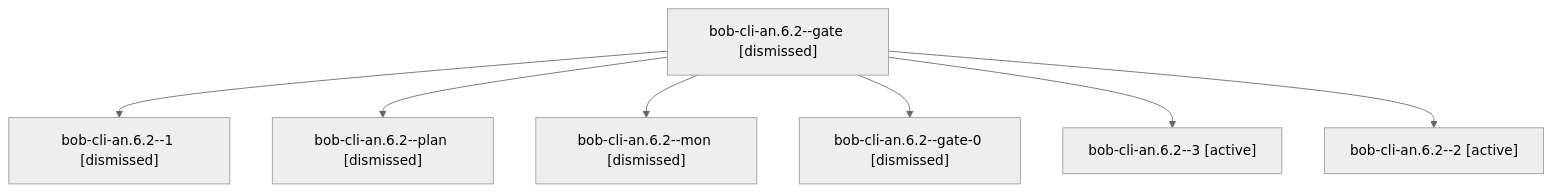
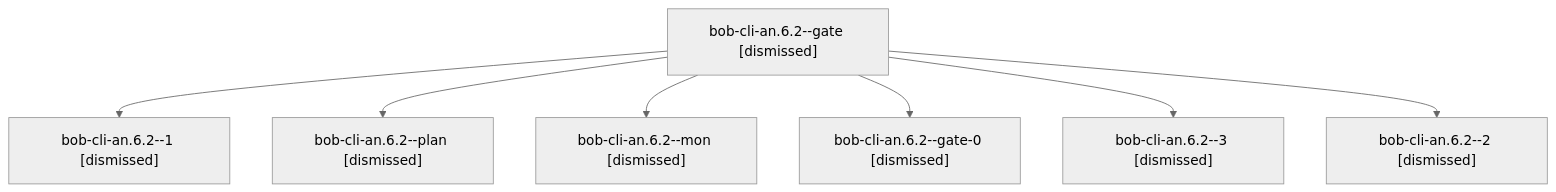
The diagram in sessions/bbugyi200.athena.bob-cli-an.6.2.md (bobs-org/bob-cli--agents), drawn with Mermaid (neutral theme) before and after one commit. The commit also changed other lines of this file and 557 other files, not shown here.

````diff
--- a/sessions/bbugyi200.athena.bob-cli-an.6.2.md
+++ b/sessions/bbugyi200.athena.bob-cli-an.6.2.md
@@ -9,16 +9,16 @@
 ```mermaid
 flowchart TD
   n0["bob-cli-an.6.2--gate [dismissed]"]
   n1["bob-cli-an.6.2--1 [dismissed]"]
   n0 --> n1
   n2["bob-cli-an.6.2--plan [dismissed]"]
   n0 --> n2
   n3["bob-cli-an.6.2--mon [dismissed]"]
   n0 --> n3
   n4["bob-cli-an.6.2--gate-0 [dismissed]"]
   n0 --> n4
-  n5["bob-cli-an.6.2--3 [active]"]
+  n5["bob-cli-an.6.2--3 [dismissed]"]
   n0 --> n5
-  n6["bob-cli-an.6.2--2 [active]"]
+  n6["bob-cli-an.6.2--2 [dismissed]"]
   n0 --> n6
 ```
````
